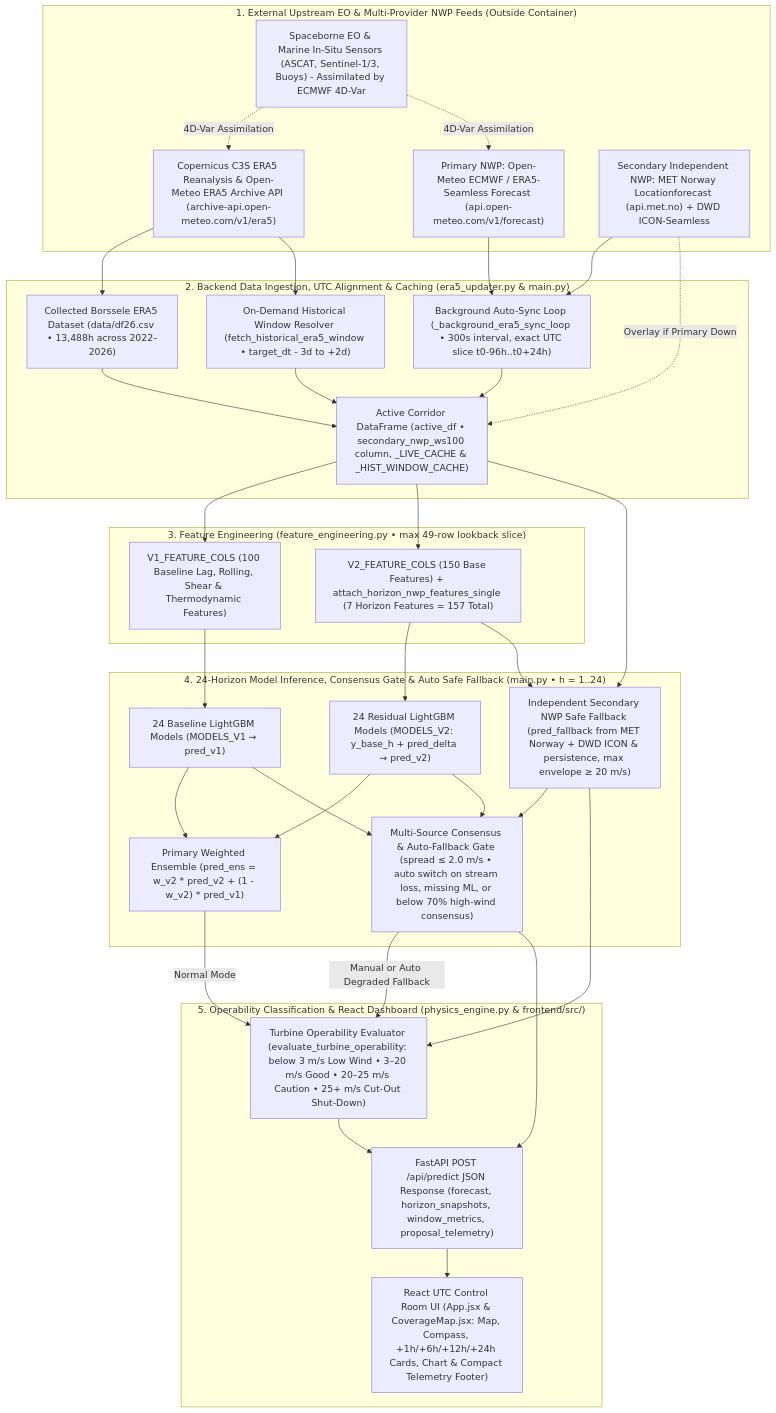
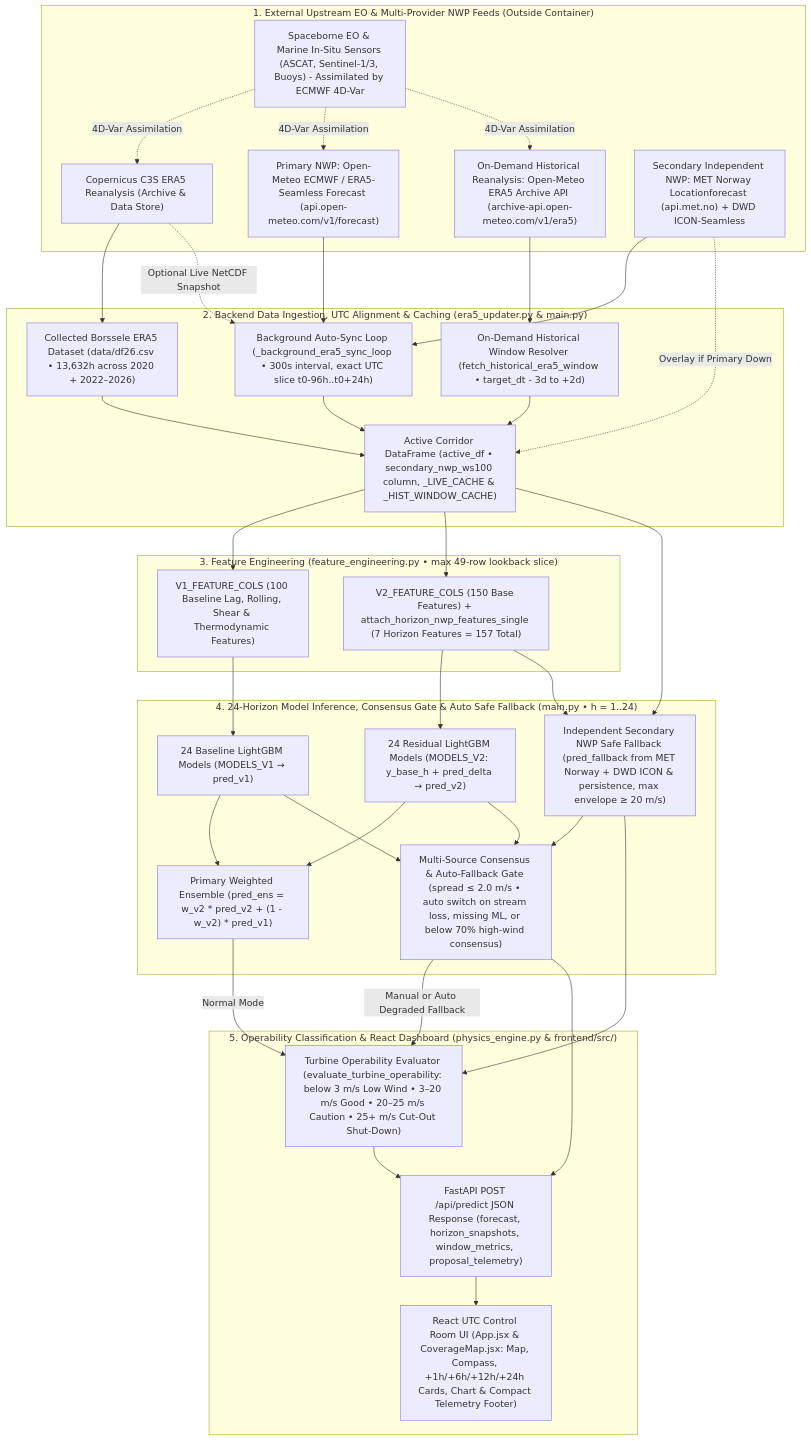
The diagram in README.md (RaphaelCochez/windguard-offshore-wind-forecasting), drawn with Mermaid before and after one commit. The commit also changed other lines of this file and 42 other files, not shown here.

````diff
--- a/README.md
+++ b/README.md
@@ -69,67 +69,70 @@
 ```mermaid
 flowchart TD
     subgraph External_Upstream["1. External Upstream EO & Multi-Provider NWP Feeds (Outside Container)"]
         SAT["Spaceborne EO & Marine In-Situ Sensors (ASCAT, Sentinel-1/3, Buoys) - Assimilated by ECMWF 4D-Var"]
-        CDS["Copernicus C3S ERA5 Reanalysis & Open-Meteo ERA5 Archive API (archive-api.open-meteo.com/v1/era5)"]
+        CDS["Copernicus C3S ERA5 Reanalysis (Archive & Data Store)"]
         NWP_PRIM["Primary NWP: Open-Meteo ECMWF / ERA5-Seamless Forecast (api.open-meteo.com/v1/forecast)"]
+        OM_HIST["On-Demand Historical Reanalysis: Open-Meteo ERA5 Archive API (archive-api.open-meteo.com/v1/era5)"]
         NWP_SEC["Secondary Independent NWP: MET Norway Locationforecast (api.met.no) + DWD ICON-Seamless"]
         SAT -.->|"4D-Var Assimilation"| CDS
         SAT -.->|"4D-Var Assimilation"| NWP_PRIM
+        SAT -.->|"4D-Var Assimilation"| OM_HIST
     end
 
     subgraph Ingestion_Layer["2. Backend Data Ingestion, UTC Alignment & Caching (era5_updater.py & main.py)"]
-        DF26["Collected Borssele ERA5 Dataset (data/df26.csv • 13,488h across 2022–2026)"]
+        DF26["Collected Borssele ERA5 Dataset (data/df26.csv • 13,632h across 2020 + 2022–2026)"]
         DAEMON["Background Auto-Sync Loop (_background_era5_sync_loop • 300s interval, exact UTC slice t0-96h..t0+24h)"]
         HIST["On-Demand Historical Window Resolver (fetch_historical_era5_window • target_dt - 3d to +2d)"]
         CACHE["Active Corridor DataFrame (active_df • secondary_nwp_ws100 column, _LIVE_CACHE & _HIST_WINDOW_CACHE)"]
     end
 
     subgraph Feature_Layer["3. Feature Engineering (feature_engineering.py • max 49-row lookback slice)"]
         X_V1["V1_FEATURE_COLS (100 Baseline Lag, Rolling, Shear & Thermodynamic Features)"]
         X_V2["V2_FEATURE_COLS (150 Base Features) + attach_horizon_nwp_features_single (7 Horizon Features = 157 Total)"]
     end
 
     subgraph Inference_Layer["4. 24-Horizon Model Inference, Consensus Gate & Auto Safe Fallback (main.py • h = 1..24)"]
         M_V1["24 Baseline LightGBM Models (MODELS_V1 → pred_v1)"]
         M_V2["24 Residual LightGBM Models (MODELS_V2: y_base_h + pred_delta → pred_v2)"]
         ENS["Primary Weighted Ensemble (pred_ens = w_v2 * pred_v2 + (1 - w_v2) * pred_v1)"]
         FB["Independent Secondary NWP Safe Fallback (pred_fallback from MET Norway + DWD ICON & persistence, max envelope ≥ 20 m/s)"]
         CONS["Multi-Source Consensus & Auto-Fallback Gate (spread ≤ 2.0 m/s • auto switch on stream loss, missing ML, or below 70% high-wind consensus)"]
     end
 
     subgraph Physics_UI["5. Operability Classification & React Dashboard (physics_engine.py & frontend/src/)"]
         PHYS["Turbine Operability Evaluator (evaluate_turbine_operability: below 3 m/s Low Wind • 3–20 m/s Good • 20–25 m/s Caution • 25+ m/s Cut-Out Shut-Down)"]
         API["FastAPI POST /api/predict JSON Response (forecast, horizon_snapshots, window_metrics, proposal_telemetry)"]
         UI["React UTC Control Room UI (App.jsx & CoverageMap.jsx: Map, Compass, +1h/+6h/+12h/+24h Cards, Chart & Compact Telemetry Footer)"]
     end
 
     CDS --> DF26
-    CDS --> HIST
+    OM_HIST --> HIST
+    CDS -.->|"Optional Live NetCDF Snapshot"| DAEMON
     NWP_PRIM --> DAEMON
     NWP_SEC --> DAEMON
     NWP_SEC -.->|"Overlay if Primary Down"| CACHE
     DF26 --> CACHE
     DAEMON --> CACHE
     HIST --> CACHE
 
     CACHE --> X_V1
     CACHE --> X_V2
 
     X_V1 --> M_V1
     X_V2 --> M_V2
 
     M_V1 --> ENS
     M_V2 --> ENS
     CACHE --> FB
     X_V2 --> FB
     M_V1 --> CONS
     M_V2 --> CONS
     FB --> CONS
 
     ENS -->|"Normal Mode"| PHYS
     CONS -->|"Manual or Auto Degraded Fallback"| PHYS
     FB --> PHYS
     CONS --> API
     PHYS --> API
     API --> UI
 ```
````
